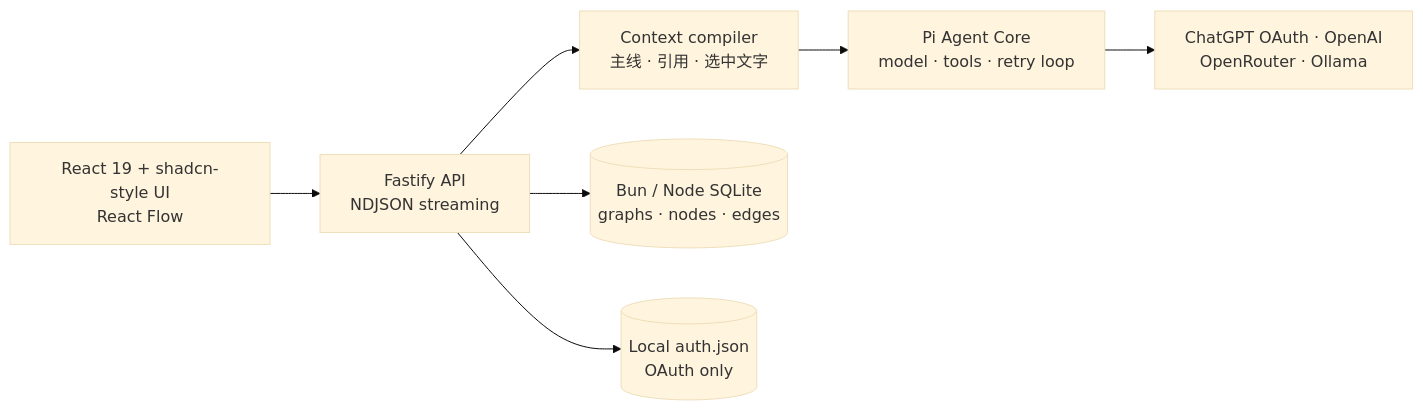
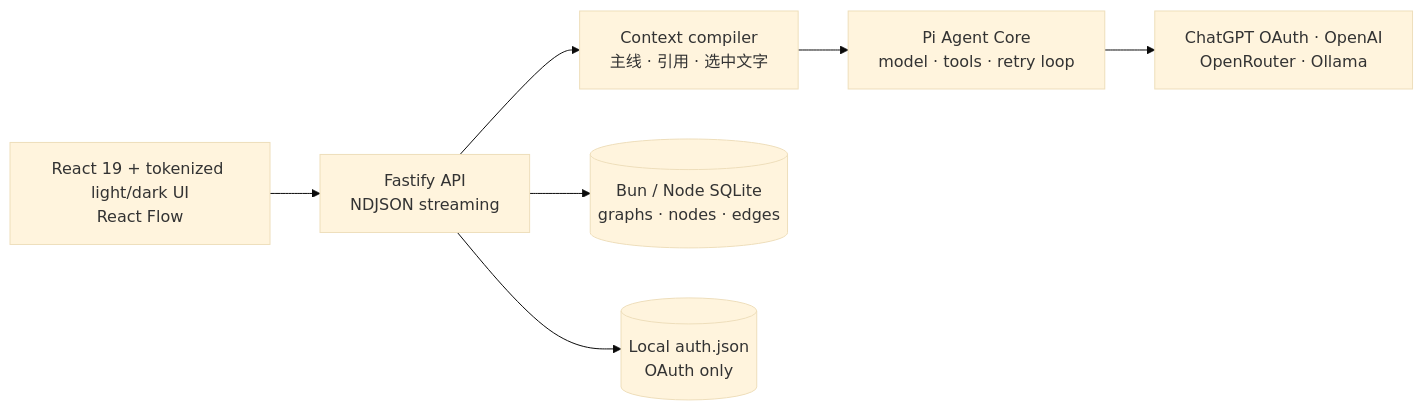
Before and after one commit to everettjf/graphchat: the diagram in README.zh-CN.md, drawn with Mermaid (base theme). The commit also changed other lines of this file and 5 other files, not shown here.

````diff
--- a/README.zh-CN.md
+++ b/README.zh-CN.md
@@ -138,9 +144,9 @@
 ```mermaid
 flowchart LR
-    UI["React 19 + shadcn-style UI<br/>React Flow"] --> API["Fastify API<br/>NDJSON streaming"]
+    UI["React 19 + tokenized light/dark UI<br/>React Flow"] --> API["Fastify API<br/>NDJSON streaming"]
     API --> CTX["Context compiler<br/>主线 · 引用 · 选中文字"]
     CTX --> AGENT["Pi Agent Core<br/>model · tools · retry loop"]
     AGENT --> MODELS["ChatGPT OAuth · OpenAI<br/>OpenRouter · Ollama"]
     API --> DB[("Bun / Node SQLite<br/>graphs · nodes · edges")]
     API --> AUTH[("Local auth.json<br/>OAuth only")]
 ```
````
